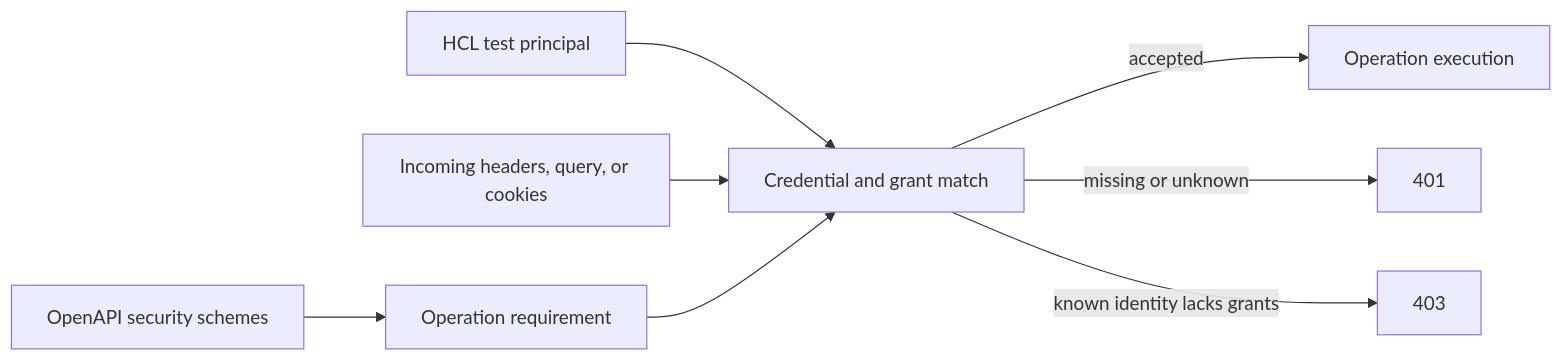
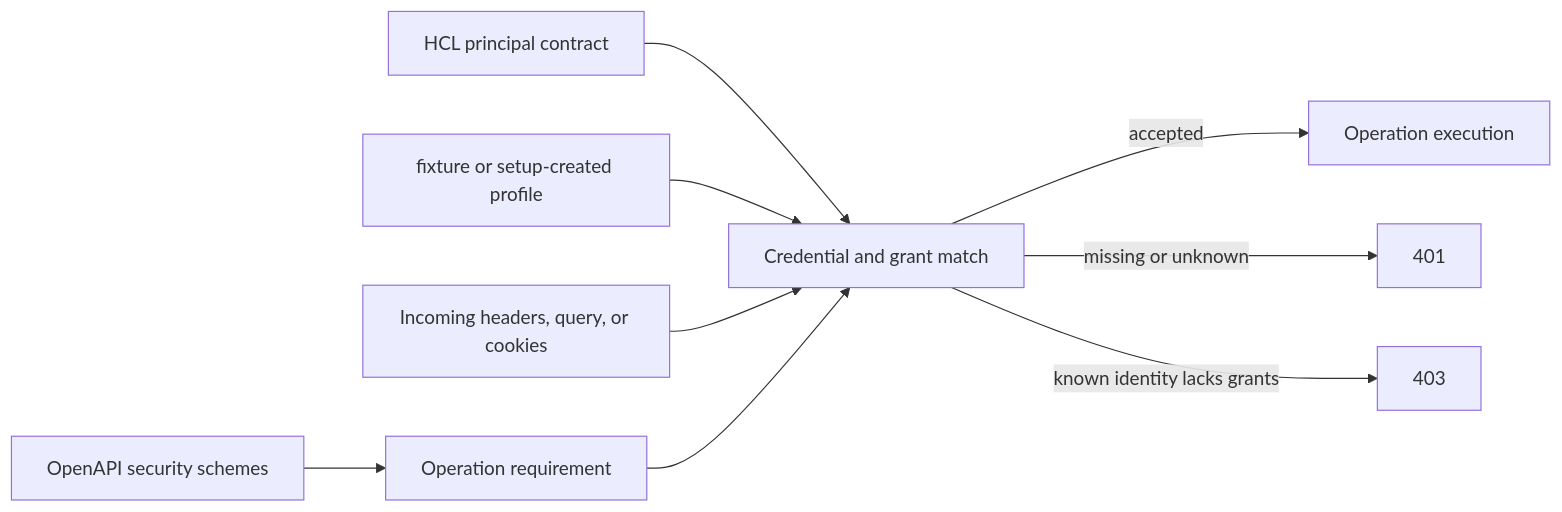
One commit to inttegro/simile changed the diagram in docs/authentication-emulation.md. Above: the diagram before and after it, drawn with Mermaid. The commit also changed other lines of this file and 16 other files, not shown here.

````diff
--- a/docs/authentication-emulation.md
+++ b/docs/authentication-emulation.md
@@ -10,10 +13,11 @@
 ```mermaid
 flowchart LR
   Contract[OpenAPI security schemes] --> Requirement[Operation requirement]
-  Principal[HCL test principal] --> Match[Credential and grant match]
+  Principal[HCL principal contract] --> Match[Credential and grant match]
+  Profile[fixture or setup-created profile] --> Match
   Request[Incoming headers, query, or cookies] --> Match
   Requirement --> Match
   Match -->|accepted| Operation[Operation execution]
   Match -->|missing or unknown| Unauthorized[401]
   Match -->|known identity lacks grants| Forbidden[403]
 ```
````
